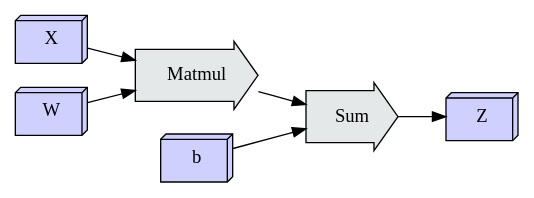
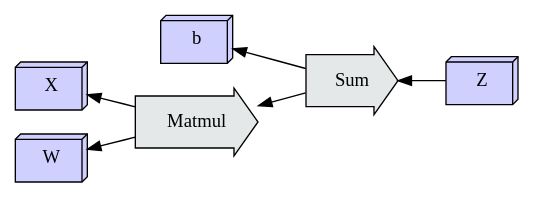
Before and after one commit to crutcher/crutcher.github.io-source: diagram 25 of 58 in source/Tapestry/index.md, drawn with Graphviz. The commit also changed other lines of this file, not shown here.

Commit message:
migrate graphs to RL; add some semantic type notes.

````diff
--- a/source/Tapestry/index.md
+++ b/source/Tapestry/index.md
@@ -3410,21 +3703,20 @@
 ```graphviz
 digraph D {
-    rankdir=LR;
+    rankdir=RL;
     X, W, b, Z [shape=box3d, fillcolor="#d0d0ff", style=filled];
     
-    X -> Matmul;
-    W -> Matmul;
+    Matmul -> X;
+    Matmul -> W;
     
     Matmul, Sum [
         shape=rarrow,
         margin=0.25,
         style=filled,
         fillcolor="#E5E8E8",
     ];
     
-    Matmul -> Sum;
-    b -> Sum;
-    
-    Sum -> Z;
+    Sum -> Matmul;
+    Sum -> b;
+    Z -> Sum;
 }
 ```
````
